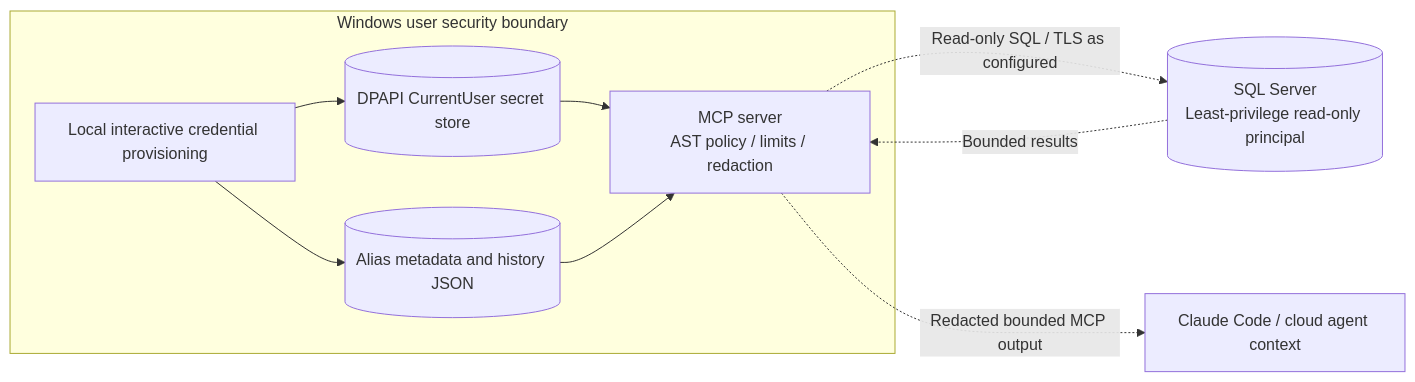
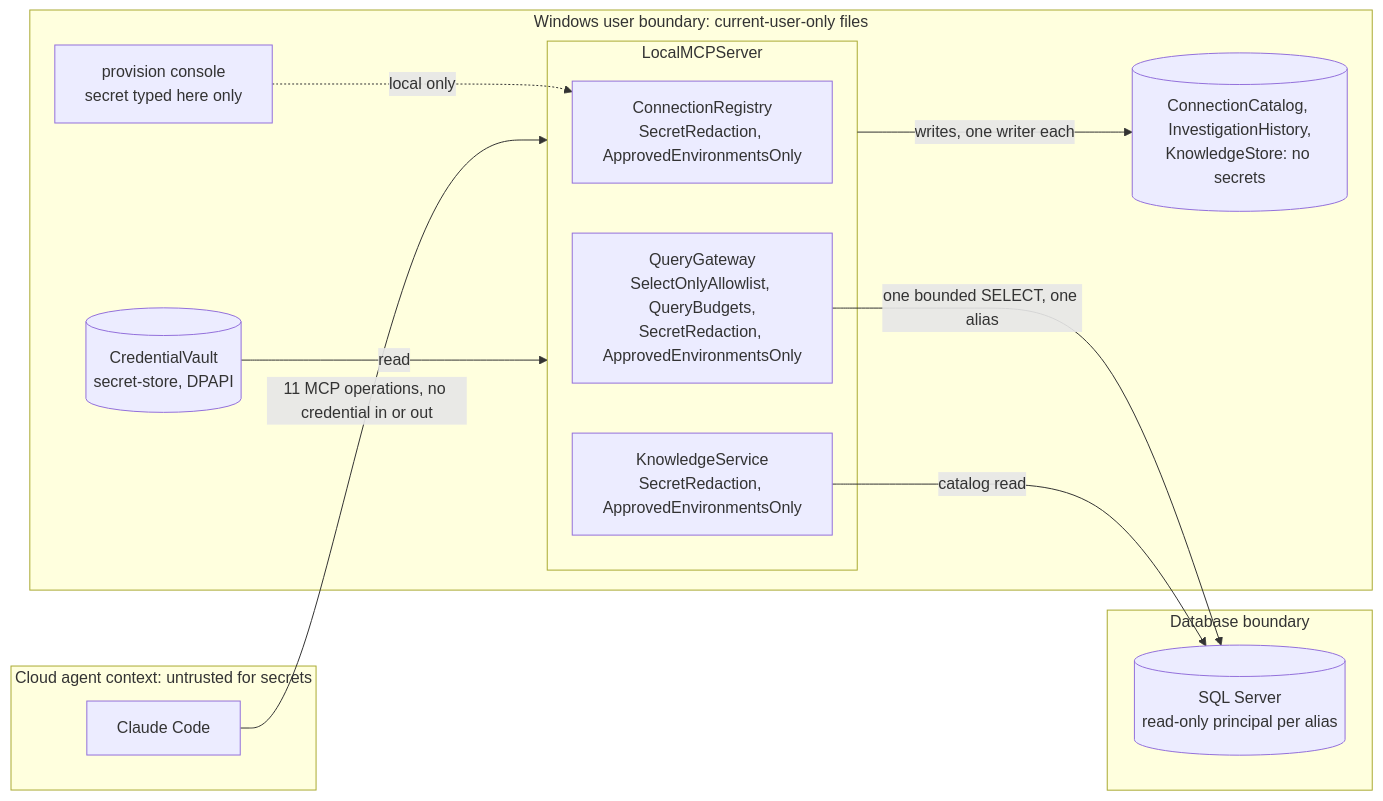
Before and after one commit to avlon-technologies/sql-investigator: the diagram in continuum/diagrams/04-security-boundaries.md, drawn with Mermaid. The commit also changed other lines of this file and 38 other files, not shown here.

````diff
--- a/continuum/diagrams/04-security-boundaries.md
+++ b/continuum/diagrams/04-security-boundaries.md
@@ -3,18 +3,25 @@
 ```mermaid
 flowchart LR
-  subgraph local[Windows user security boundary]
-    provision[Local interactive credential provisioning]
-    dpapi[(DPAPI CurrentUser secret store)]
-    metadata[(Alias metadata and history JSON)]
-    mcp[MCP server\nAST policy / limits / redaction]
-    provision --> dpapi
-    provision --> metadata
-    dpapi --> mcp
-    metadata --> mcp
+  subgraph cloud[Cloud agent context: untrusted for secrets]
+    claude[Claude Code]
   end
-  db[(SQL Server\nLeast-privilege read-only principal)]
-  cloud[Claude Code / cloud agent context]
-  mcp -. "Read-only SQL / TLS as configured" .-> db
-  db -. "Bounded results" .-> mcp
-  mcp -. "Redacted bounded MCP output" .-> cloud
+  subgraph local[Windows user boundary: current-user-only files]
+    console[provision console\nsecret typed here only]
+    subgraph exe[LocalMCPServer]
+      registry[ConnectionRegistry\nSecretRedaction, ApprovedEnvironmentsOnly]
+      gateway[QueryGateway\nSelectOnlyAllowlist, QueryBudgets,\nSecretRedaction, ApprovedEnvironmentsOnly]
+      knowledge[KnowledgeService\nSecretRedaction, ApprovedEnvironmentsOnly]
+    end
+    vault[(CredentialVault\nsecret-store, DPAPI)]
+    stores[(ConnectionCatalog, InvestigationHistory,\nKnowledgeStore: no secrets)]
+  end
+  subgraph dbz[Database boundary]
+    db[(SQL Server\nread-only principal per alias)]
+  end
+  claude -- "11 MCP operations, no credential in or out" --> exe
+  console -. "local only" .-> registry
+  vault -- read --> exe
+  exe -- "writes, one writer each" --> stores
+  gateway -- "one bounded SELECT, one alias" --> db
+  knowledge -- "catalog read" --> db
 ```
````
